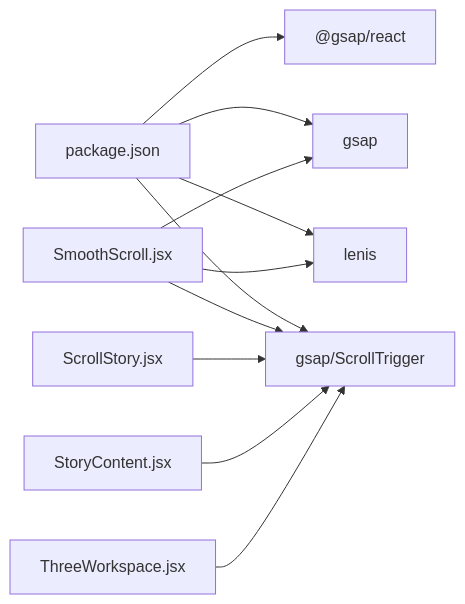
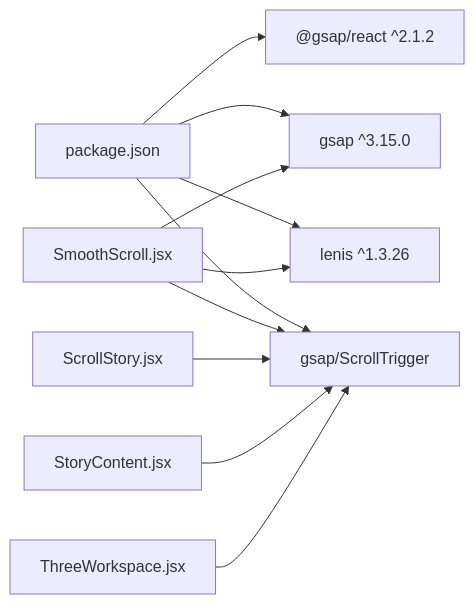
Before and after one commit to emaanfatima312005-wq/emaan-portfolio: the sixth of 6 diagrams in .qoder/repowiki/en/content/Core Components/SmoothScroll Implementation.md, drawn with Mermaid. The commit also changed other lines of this file and 59 other files, not shown here.

````diff
--- a/.qoder/repowiki/en/content/Core Components/SmoothScroll Implementation.md
+++ b/.qoder/repowiki/en/content/Core Components/SmoothScroll Implementation.md
@@ -198,13 +260,13 @@
 ```mermaid
 graph LR
-Pkg["package.json"] --> Lenis["lenis"]
-Pkg --> GSAP["gsap"]
+Pkg["package.json"] --> Lenis["lenis ^1.3.26"]
+Pkg --> GSAP["gsap ^3.15.0"]
 Pkg --> ST["gsap/ScrollTrigger"]
-Pkg --> ReactHook["@gsap/react"]
+Pkg --> ReactHook["@gsap/react ^2.1.2"]
 Smooth["SmoothScroll.jsx"] --> Lenis
 Smooth --> GSAP
 Smooth --> ST
 ScrollStory["ScrollStory.jsx"] --> ST
 StoryContent["StoryContent.jsx"] --> ST
 ThreeWS["ThreeWorkspace.jsx"] --> ST
 ```
````
